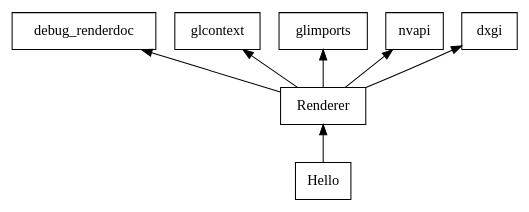
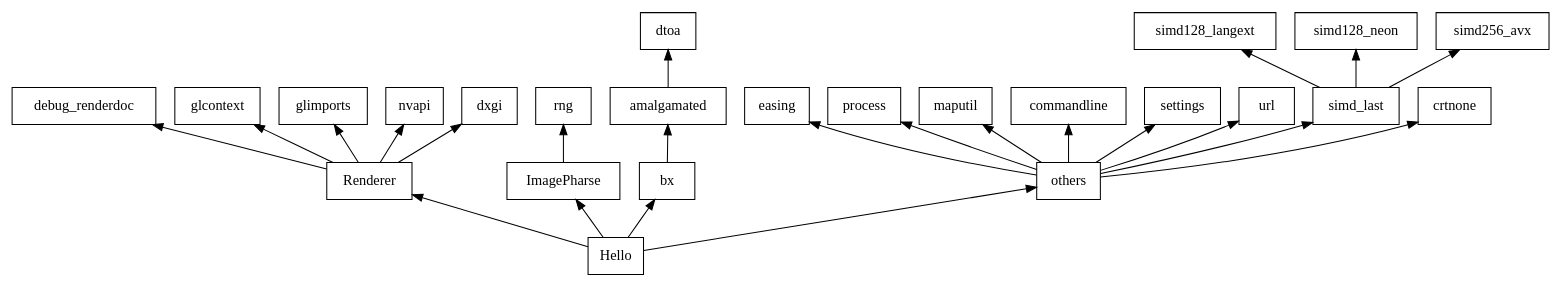
Before and after one commit to hotqkc/tt: the diagram in doc/tinybgfx_helloworld.dot, drawn with Graphviz. The commit also changed 69 other files, not shown here.

```diff
--- a/doc/tinybgfx_helloworld.dot
+++ b/doc/tinybgfx_helloworld.dot
@@ -1,15 +1,38 @@
 digraph tinybgfx_helloworld {
 
 	rankdir = BT
 
 	node [
 		shape = "record"
 	]
 	
 	Hello -> Renderer
 	Renderer -> debug_renderdoc
 	Renderer -> glcontext
 	Renderer -> glimports
 	Renderer -> nvapi
 	Renderer -> dxgi
+	
+	Hello -> ImagePharse
+	ImagePharse -> rng
+	
+	Hello -> bx
+	Hello -> others
+	
+	others -> easing
+	others -> process
+	others -> maputil
+	others -> commandline
+	others -> settings
+	others -> url
+	
+	others -> simd_last
+	simd_last -> simd128_langext
+	simd_last -> simd128_neon
+	simd_last -> simd256_avx
+	
+	others -> crtnone
+	
+	bx -> amalgamated
+	amalgamated -> dtoa
 }
```
